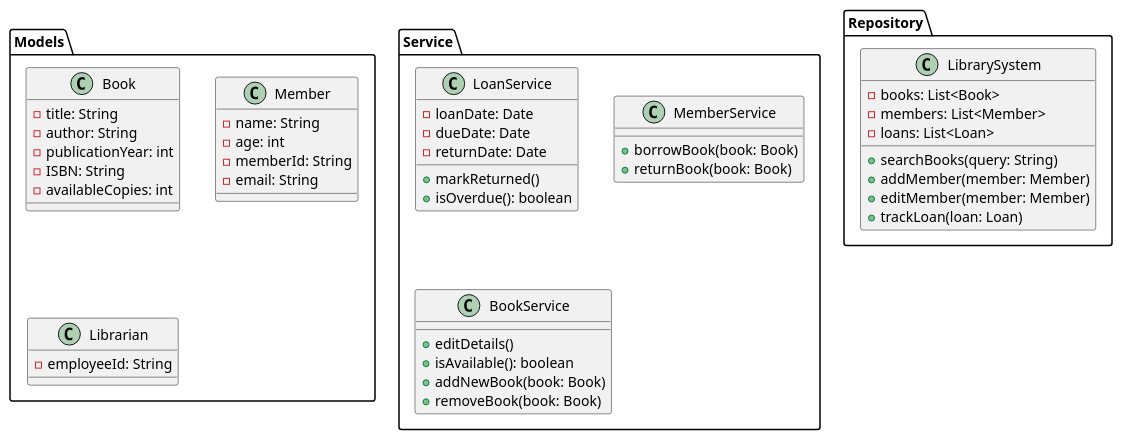
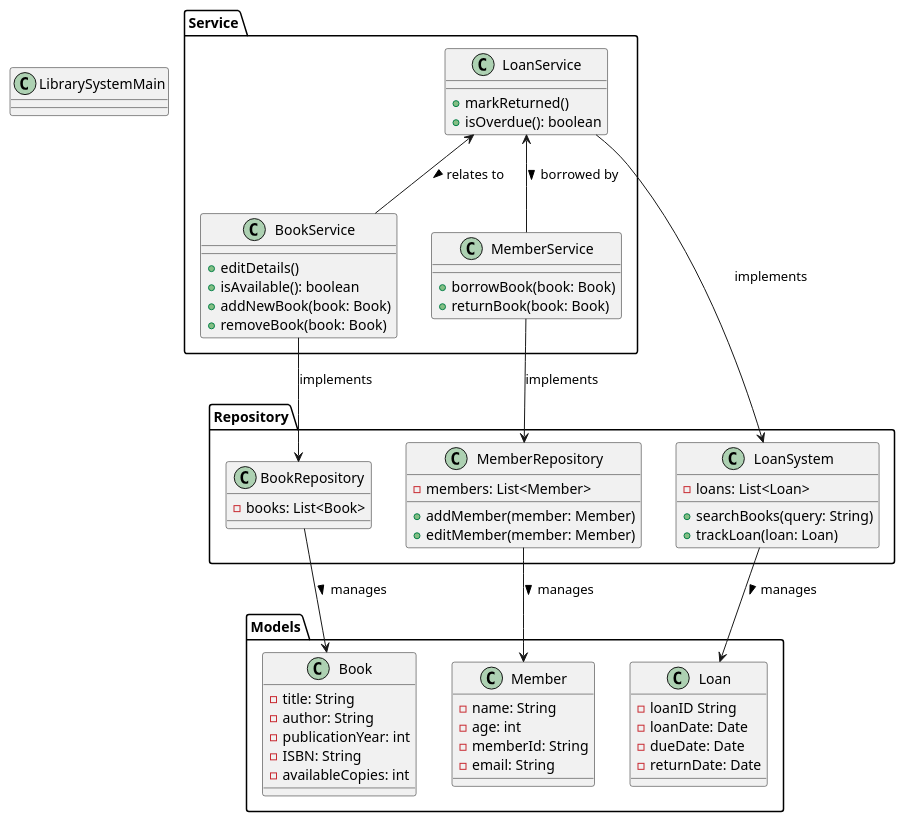
Before and after one commit to BramLab/IntecPunt: the diagram in src/uml/IntecPuntClassDiagram.puml, drawn with PlantUML. The commit also changed other lines of this file, not shown here.

```diff
--- a/src/uml/IntecPuntClassDiagram.puml
+++ b/src/uml/IntecPuntClassDiagram.puml
@@ -1,57 +1,76 @@
 @startuml
 Package "Models" {
 class Book {
   - title: String
   - author: String
   - publicationYear: int
   - ISBN: String
   - availableCopies: int
 }
 
 class Member {
   - name: String
   - age: int
   - memberId: String
   - email: String
 }
 
-class Librarian {
-  - employeeId: String
-
+class Loan {
+  - loanID String
+  - loanDate: Date
+  - dueDate: Date
+  - returnDate: Date
   }
 }
 
 Package "Service" {
-class LoanService {
-  - loanDate: Date
-  - dueDate: Date
-  - returnDate: Date
-  + markReturned()
-  + isOverdue(): boolean
-  }
+
 class MemberService {
   + borrowBook(book: Book)
   + returnBook(book: Book)
-
   }
 class BookService {
   + editDetails()
   + isAvailable(): boolean
   + addNewBook(book: Book)
   + removeBook(book: Book)
   }
+class LoanService {
+  + markReturned()
+  + isOverdue(): boolean
+  }
 }
 
 Package "Repository" {
-class LibrarySystem {
-  - books: List<Book>
-  - members: List<Member>
-  - loans: List<Loan>
+class LoanSystem {
+- loans: List<Loan>
   + searchBooks(query: String)
+  + trackLoan(loan: Loan)
+  }
+class BookRepository {
+ - books: List<Book>
+}
+class MemberRepository {
+- members: List<Member>
   + addMember(member: Member)
   + editMember(member: Member)
-  + trackLoan(loan: Loan)
-  }
+
+}
 }
 
+class LibrarySystemMain {
+
+}
+
+BookService --> BookRepository : implements
+MemberService --> MemberRepository : implements
+LoanService --> LoanSystem : implements
+BookRepository --> Book : manages >
+MemberRepository --> Member : manages >
+LoanSystem --> Loan : manages >
+LoanService <-- BookService : relates to >
+LoanService <-- MemberService : borrowed by >
+
+
+
 @enduml
```
